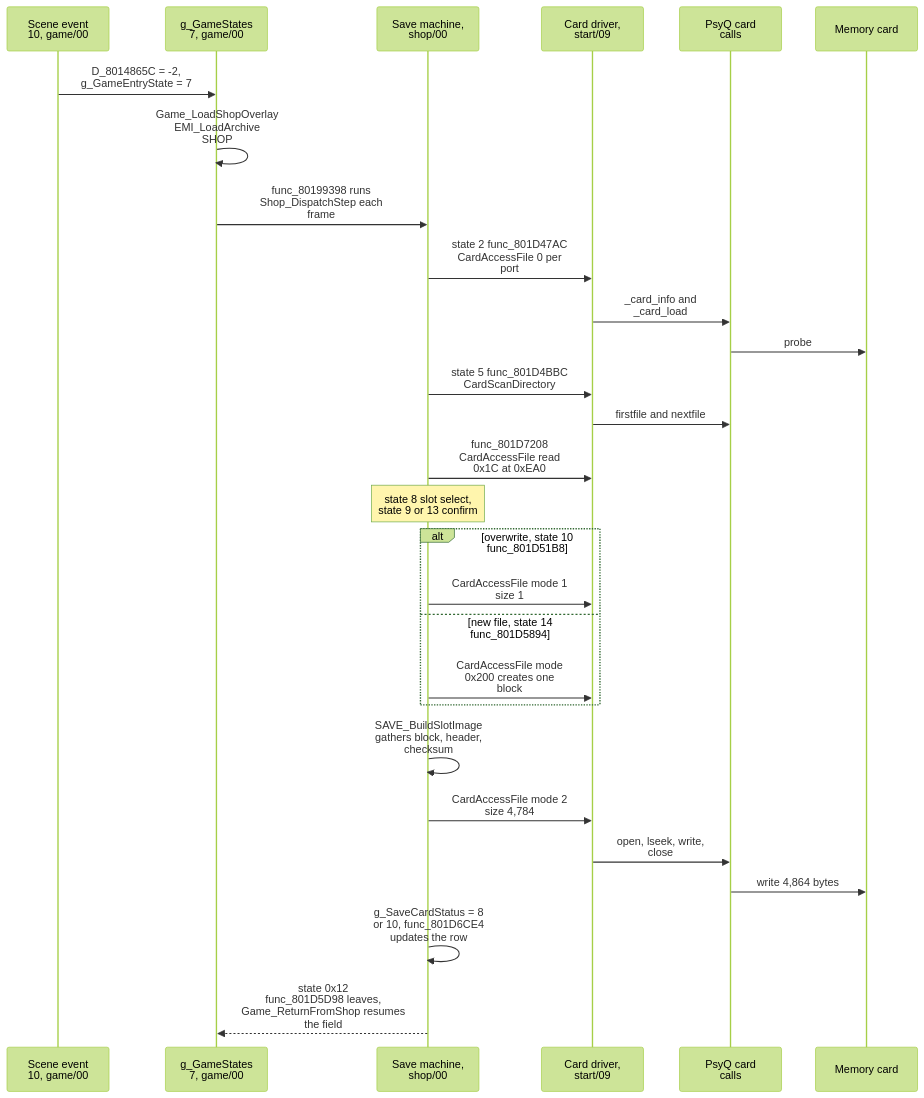
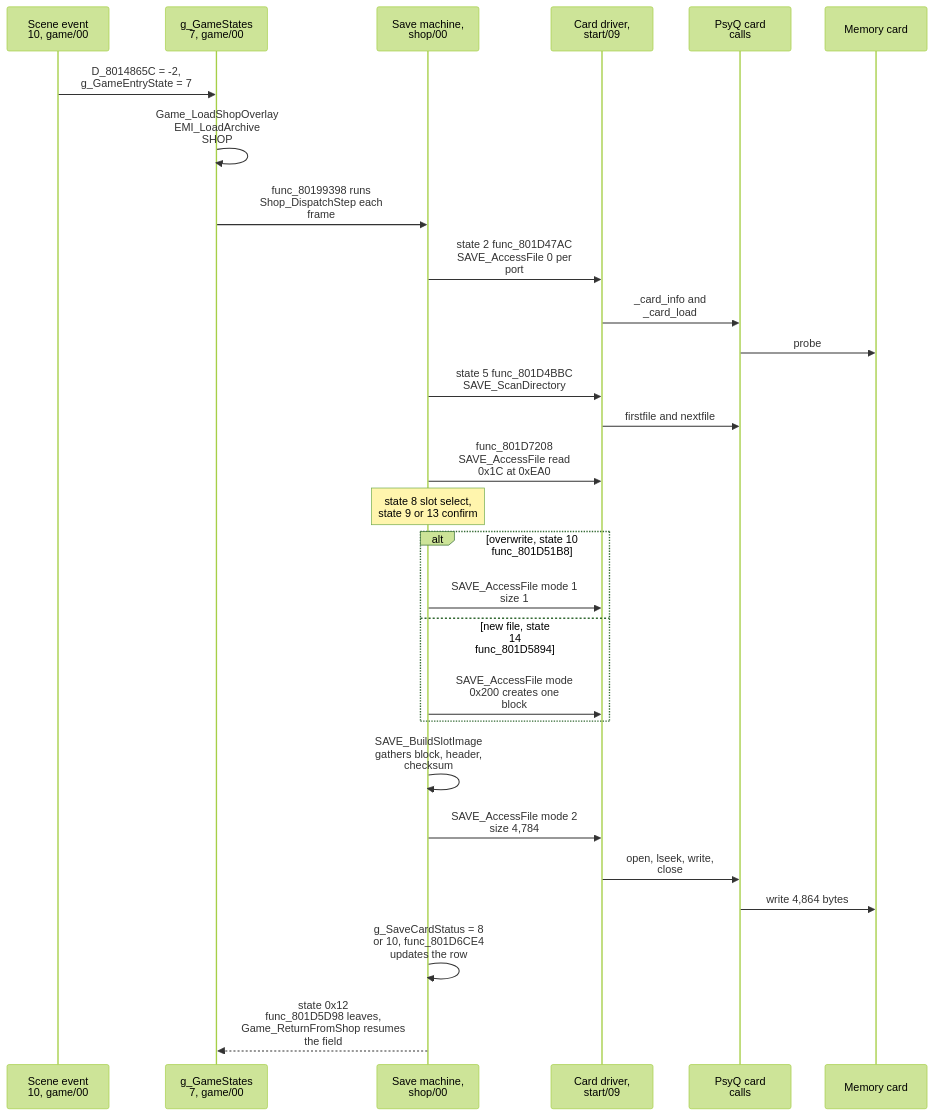
Before and after one commit to raulcorreia7/bof3-wiki: the first of 2 diagrams in src/content/docs/systems/saving.md, drawn with Mermaid (forest theme). The commit also changed other lines of this file and 29 other files, not shown here.

````diff
--- a/src/content/docs/systems/saving.md
+++ b/src/content/docs/systems/saving.md
@@ -32,31 +32,31 @@
 ```mermaid
 sequenceDiagram
     participant Ev as Scene event<br/>10, game/00
     participant Main as g_GameStates<br/>7, game/00
     participant Sav as Save machine,<br/>shop/00
     participant Drv as Card driver,<br/>start/09
     participant Bios as PsyQ card<br/>calls
     participant Card as Memory card
 
     Ev->>Main: D_8014865C = -2,<br/>g_GameEntryState = 7
     Main->>Main: Game_LoadShopOverlay<br/>EMI_LoadArchive<br/>SHOP
     Main->>Sav: func_80199398 runs<br/>Shop_DispatchStep each<br/>frame
-    Sav->>Drv: state 2 func_801D47AC<br/>CardAccessFile 0 per<br/>port
+    Sav->>Drv: state 2 func_801D47AC<br/>SAVE_AccessFile 0 per<br/>port
     Drv->>Bios: _card_info and<br/>_card_load
     Bios->>Card: probe
-    Sav->>Drv: state 5 func_801D4BBC<br/>CardScanDirectory
+    Sav->>Drv: state 5 func_801D4BBC<br/>SAVE_ScanDirectory
     Drv->>Bios: firstfile and nextfile
-    Sav->>Drv: func_801D7208<br/>CardAccessFile read<br/>0x1C at 0xEA0
+    Sav->>Drv: func_801D7208<br/>SAVE_AccessFile read<br/>0x1C at 0xEA0
     Note over Sav: state 8 slot select,<br/>state 9 or 13 confirm
     alt overwrite, state 10<br/>func_801D51B8
-        Sav->>Drv: CardAccessFile mode 1<br/>size 1
+        Sav->>Drv: SAVE_AccessFile mode 1<br/>size 1
     else new file, state 14<br/>func_801D5894
-        Sav->>Drv: CardAccessFile mode<br/>0x200 creates one<br/>block
+        Sav->>Drv: SAVE_AccessFile mode<br/>0x200 creates one<br/>block
     end
     Sav->>Sav: SAVE_BuildSlotImage<br/>gathers block, header,<br/>checksum
-    Sav->>Drv: CardAccessFile mode 2<br/>size 4,784
+    Sav->>Drv: SAVE_AccessFile mode 2<br/>size 4,784
     Drv->>Bios: open, lseek, write,<br/>close
     Bios->>Card: write 4,864 bytes
     Sav->>Sav: g_SaveCardStatus = 8<br/>or 10, func_801D6CE4<br/>updates the row
     Sav-->>Main: state 0x12<br/>func_801D5D98 leaves,<br/>Game_ReturnFromShop resumes<br/>the field
 ```
````
